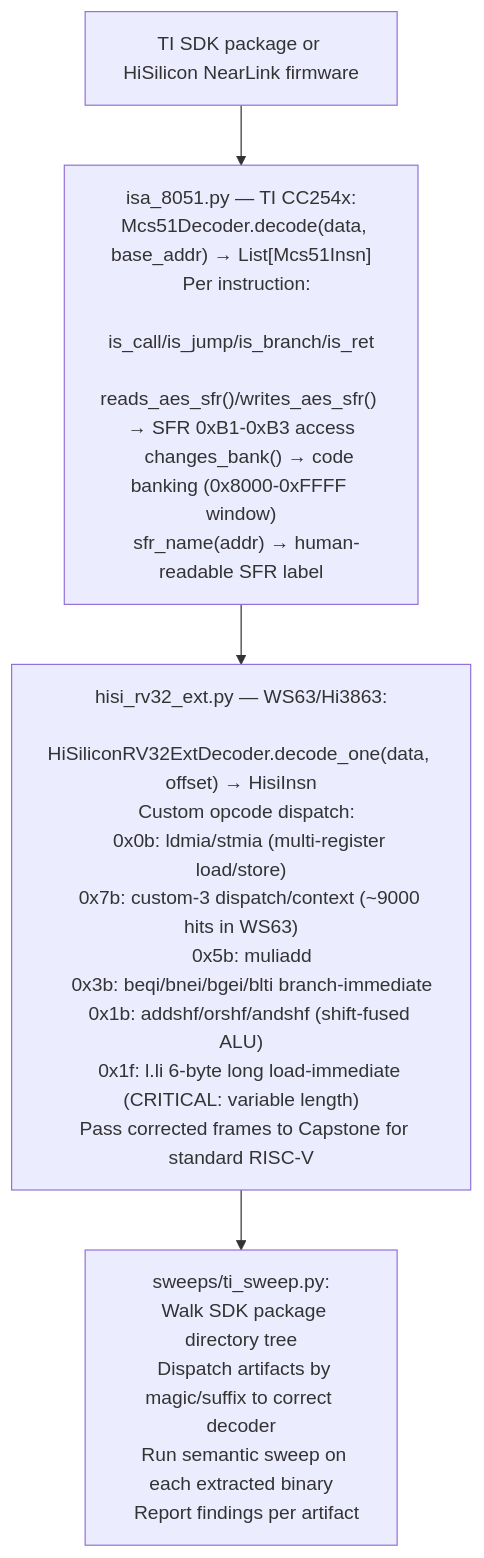
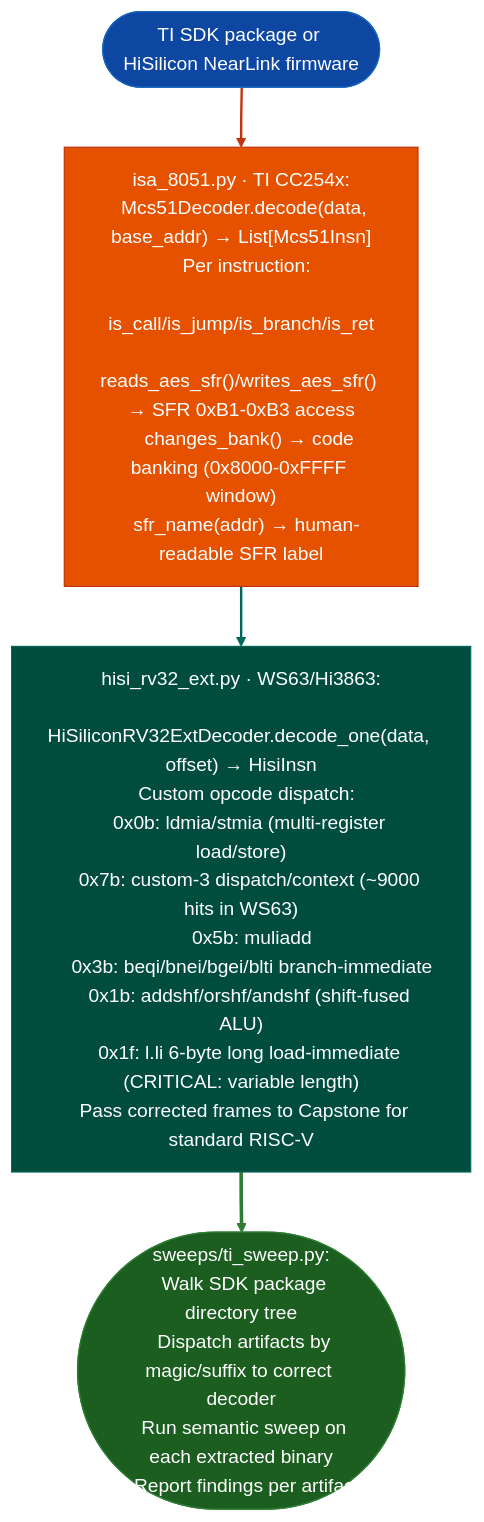
Before and after one commit to Ablation-Tool/ablation: the diagram in docs/reference-modules/ti-sdk-package-sweeping.md, drawn with Mermaid. The commit also changed 320 other files, not shown here.

First line of the commit message:
docs: apply canonical Mermaid template to all 321 diagrams

````diff
--- a/docs/reference-modules/ti-sdk-package-sweeping.md
+++ b/docs/reference-modules/ti-sdk-package-sweeping.md
@@ -19,6 +19,15 @@
 ```mermaid
 flowchart TD
-    A["TI SDK package or HiSilicon NearLink firmware"] --> B["isa_8051.py — TI CC254x:\n  Mcs51Decoder.decode(data, base_addr) → List[Mcs51Insn]\n  Per instruction:\n    is_call/is_jump/is_branch/is_ret\n    reads_aes_sfr()/writes_aes_sfr() → SFR 0xB1-0xB3 access\n    changes_bank() → code banking (0x8000-0xFFFF window)\n  sfr_name(addr) → human-readable SFR label"]
-    B --> C["hisi_rv32_ext.py — WS63/Hi3863:\n  HiSiliconRV32ExtDecoder.decode_one(data, offset) → HisiInsn\n  Custom opcode dispatch:\n    0x0b: ldmia/stmia (multi-register load/store)\n    0x7b: custom-3 dispatch/context (~9000 hits in WS63)\n    0x5b: muliadd\n    0x3b: beqi/bnei/bgei/blti branch-immediate\n    0x1b: addshf/orshf/andshf (shift-fused ALU)\n    0x1f: l.li 6-byte long load-immediate (CRITICAL: variable length)\n  Pass corrected frames to Capstone for standard RISC-V"]
-    C --> D["sweeps/ti_sweep.py:\n  Walk SDK package directory tree\n  Dispatch artifacts by magic/suffix to correct decoder\n  Run semantic sweep on each extracted binary\n  Report findings per artifact"]
+    A(["TI SDK package or HiSilicon NearLink firmware"]):::input --> B["isa_8051.py · TI CC254x:\n  Mcs51Decoder.decode(data, base_addr) → List[Mcs51Insn]\n  Per instruction:\n    is_call/is_jump/is_branch/is_ret\n    reads_aes_sfr()/writes_aes_sfr() → SFR 0xB1-0xB3 access\n    changes_bank() → code banking (0x8000-0xFFFF window)\n  sfr_name(addr) → human-readable SFR label"]:::primary
+    B:::primary --> C["hisi_rv32_ext.py · WS63/Hi3863:\n  HiSiliconRV32ExtDecoder.decode_one(data, offset) → HisiInsn\n  Custom opcode dispatch:\n    0x0b: ldmia/stmia (multi-register load/store)\n    0x7b: custom-3 dispatch/context (~9000 hits in WS63)\n    0x5b: muliadd\n    0x3b: beqi/bnei/bgei/blti branch-immediate\n    0x1b: addshf/orshf/andshf (shift-fused ALU)\n    0x1f: l.li 6-byte long load-immediate (CRITICAL: variable length)\n  Pass corrected frames to Capstone for standard RISC-V"]:::secondary
+    C:::secondary --> D(["sweeps/ti_sweep.py:\n  Walk SDK package directory tree\n  Dispatch artifacts by magic/suffix to correct decoder\n  Run semantic sweep on each extracted binary\n  Report findings per artifact"]):::output
+    classDef input     fill:#0d47a1,stroke:#1565c0,color:#fff
+    classDef primary   fill:#e65100,stroke:#bf360c,color:#fff
+    classDef secondary fill:#004d40,stroke:#00695c,color:#fff
+    classDef tertiary  fill:#4a148c,stroke:#6a1b9a,color:#fff
+    classDef neutral   fill:#37474f,stroke:#546e7a,color:#fff
+    classDef output    fill:#1b5e20,stroke:#2e7d32,color:#fff
+    linkStyle 0 stroke:#bf360c,stroke-width:2px
+    linkStyle 1 stroke:#00695c,stroke-width:2px
+    linkStyle 2 stroke:#2e7d32,stroke-width:3px
 ```
````
